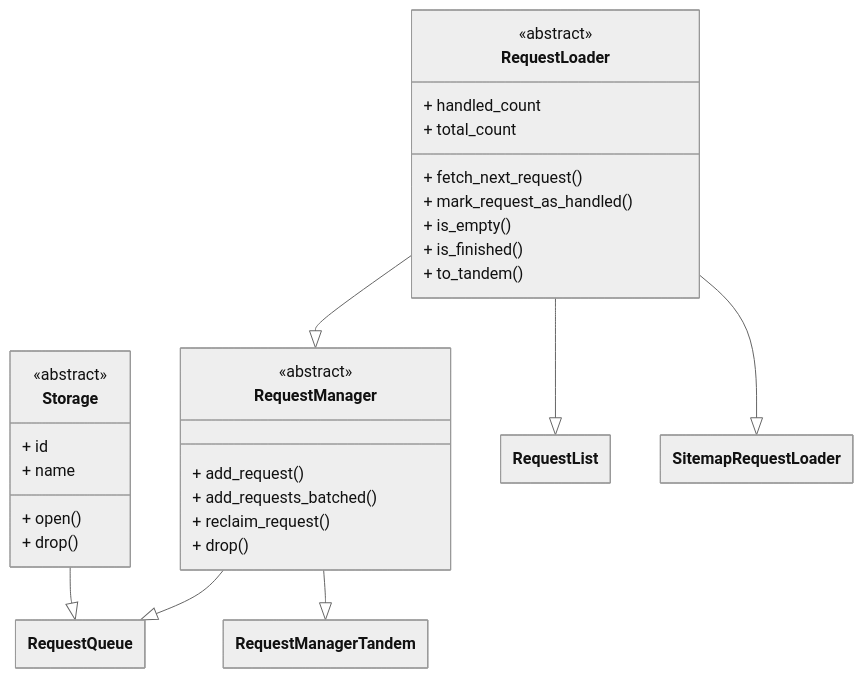
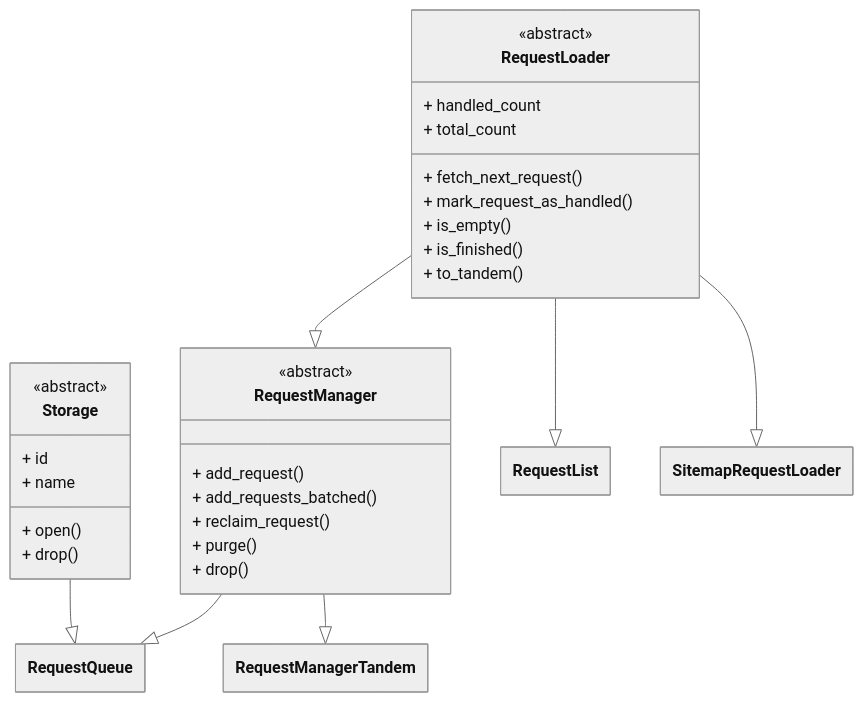
The diagram in docs/03_concepts/10_request_loaders.mdx (apify/crawlee-python), drawn with Mermaid (neutral theme) before and after one commit. The commit also changed 8 other files, not shown here.

````diff
--- a/docs/03_concepts/10_request_loaders.mdx
+++ b/docs/03_concepts/10_request_loaders.mdx
@@ -39,64 +39,65 @@
 ```mermaid
 ---
 config:
     class:
         hideEmptyMembersBox: true
 ---
 
 classDiagram
 
 %% ========================
 %% Abstract classes
 %% ========================
 
 class Storage {
     <<abstract>>
     + id
     + name
     + open()
     + drop()
 }
 
 class RequestLoader {
     <<abstract>>
     + handled_count
     + total_count
     + fetch_next_request()
     + mark_request_as_handled()
     + is_empty()
     + is_finished()
     + to_tandem()
 }
 
 class RequestManager {
     <<abstract>>
     + add_request()
     + add_requests_batched()
     + reclaim_request()
+    + purge()
     + drop()
 }
 
 %% ========================
 %% Specific classes
 %% ========================
 
 class RequestQueue
 
 class RequestList
 
 class SitemapRequestLoader
 
 class RequestManagerTandem
 
 %% ========================
 %% Inheritance arrows
 %% ========================
 
 Storage --|> RequestQueue
 RequestManager --|> RequestQueue
 
 RequestLoader --|> RequestManager
 RequestLoader --|> RequestList
 RequestLoader --|> SitemapRequestLoader
 RequestManager --|> RequestManagerTandem
 ```
````
